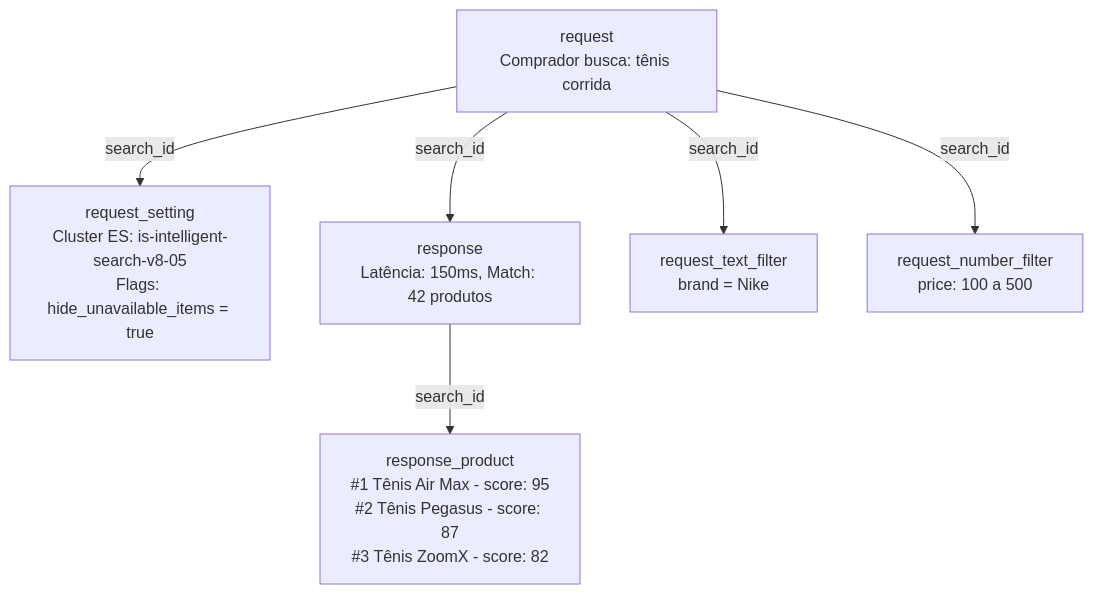
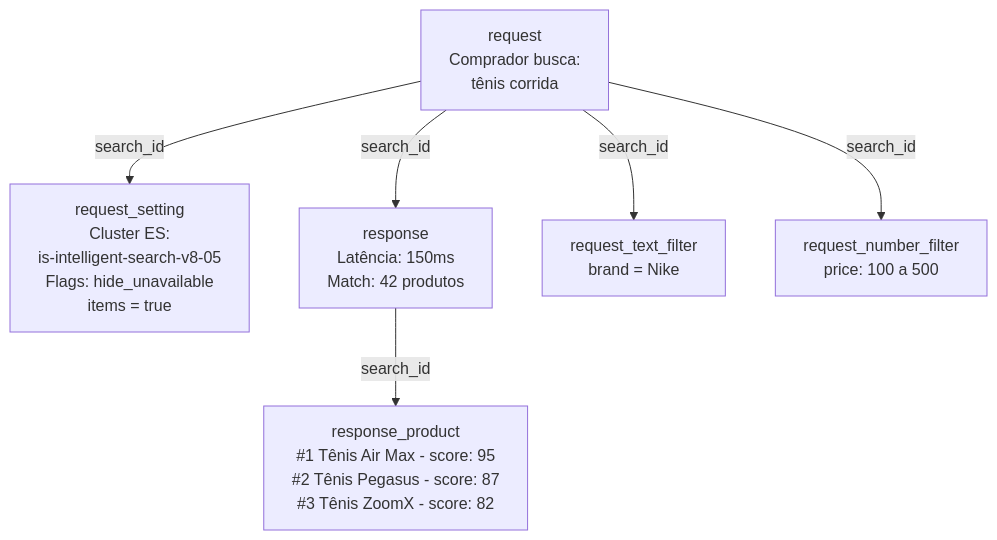
One commit to vtexdocs/help-center-content changed the second of 4 diagrams in docs/pt/tutorials/beta/vtex-data-pipeline-beta/busca-e-recomendacoes-data-pipeline.md. Above: the diagram before and after it, drawn with Mermaid. The commit also changed other lines of this file and 5 other files, not shown here.

````diff
--- a/docs/pt/tutorials/beta/vtex-data-pipeline-beta/busca-e-recomendacoes-data-pipeline.md
+++ b/docs/pt/tutorials/beta/vtex-data-pipeline-beta/busca-e-recomendacoes-data-pipeline.md
@@ -108,11 +109,12 @@
 ```mermaid
+%%{init: {'flowchart': {'htmlLabels': true, 'useMaxWidth': false, 'wrappingWidth': 220, 'padding': 14}}}%%
 flowchart TD
-    REQ["request\nComprador busca: tênis corrida"]
+    REQ["request<br/>Comprador busca:<br/>tênis corrida"]
 
-    REQ -->|"search_id"| SETTING["request_setting\nCluster ES: is-intelligent-search-v8-05\nFlags: hide_unavailable_items = true"]
-    REQ -->|"search_id"| RESP["response\nLatência: 150ms, Match: 42 produtos"]
-    REQ -->|"search_id"| TF["request_text_filter\nbrand = Nike"]
-    REQ -->|"search_id"| NF["request_number_filter\nprice: 100 a 500"]
+    REQ -->|"search_id"| SETTING["request_setting<br/>Cluster ES:<br/>is-intelligent-search-v8-05<br/>Flags: hide_unavailable<br/>items = true"]
+    REQ -->|"search_id"| RESP["response<br/>Latência: 150ms<br/>Match: 42 produtos"]
+    REQ -->|"search_id"| TF["request_text_filter<br/>brand = Nike"]
+    REQ -->|"search_id"| NF["request_number_filter<br/>price: 100 a 500"]
 
-    RESP -->|"search_id"| RP["response_product\n#1 Tênis Air Max - score: 95\n#2 Tênis Pegasus - score: 87\n#3 Tênis ZoomX - score: 82"]
+    RESP -->|"search_id"| RP["response_product<br/>#1 Tênis Air Max - score: 95<br/>#2 Tênis Pegasus - score: 87<br/>#3 Tênis ZoomX - score: 82"]
 ```
````
